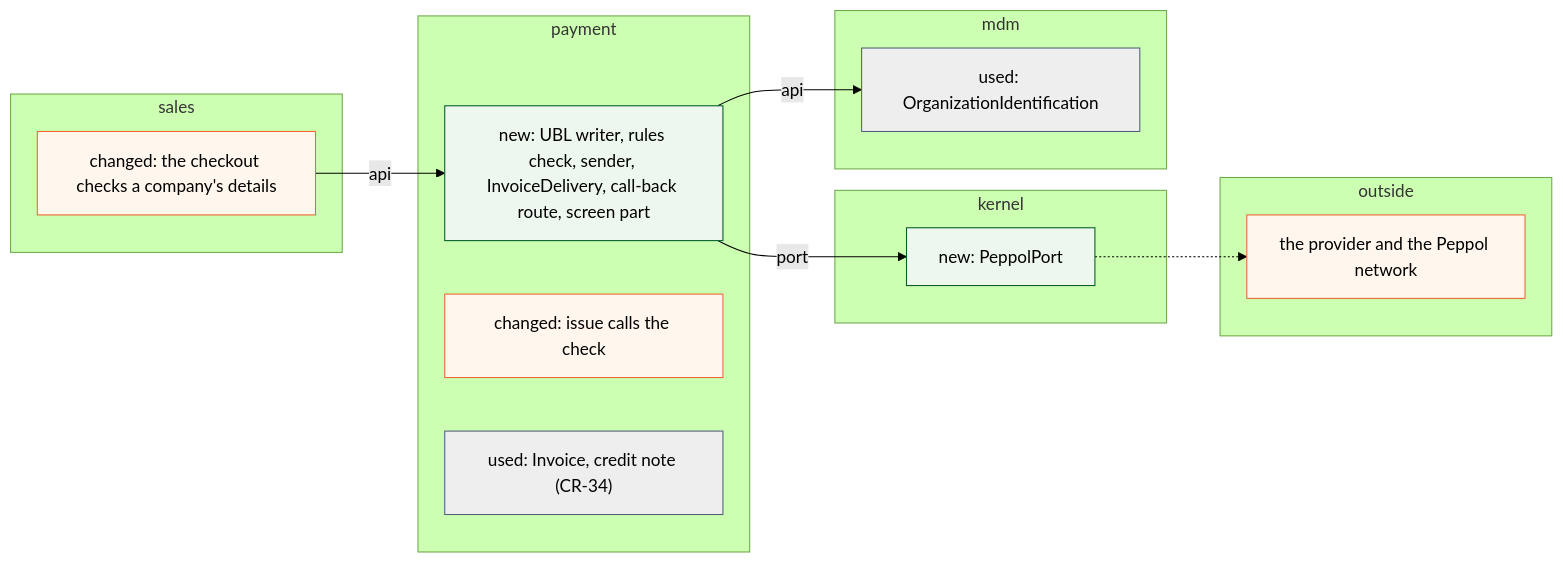
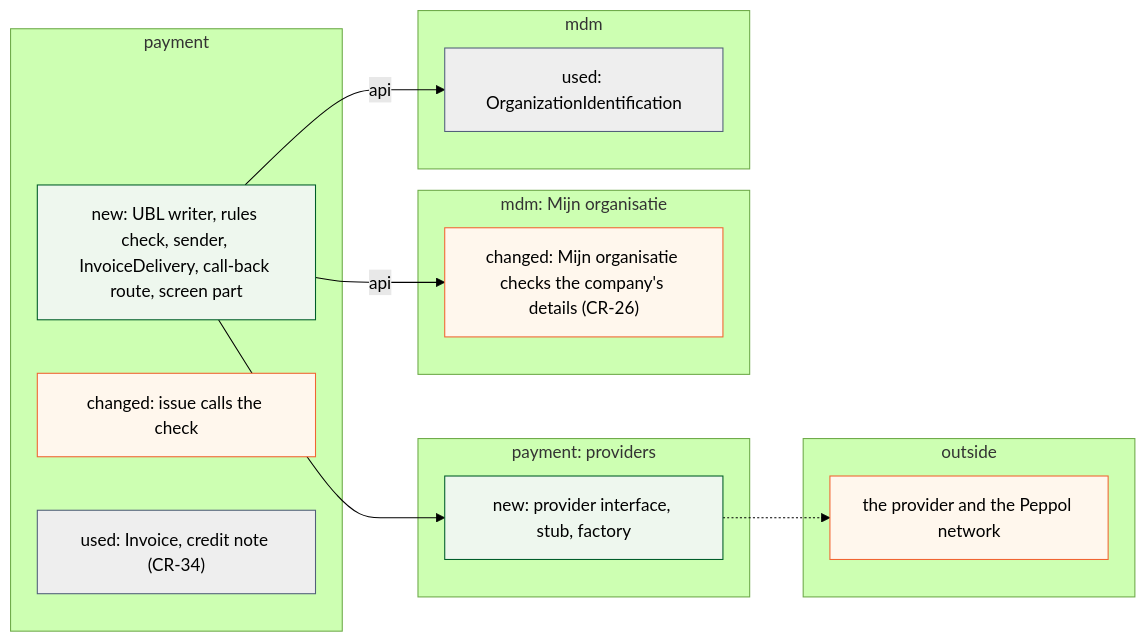
The fourth of 5 diagrams in docs/change_request_35_peppol.md (KoenRenders/KoenTest), drawn with Mermaid (forest theme) before and after one commit. The commit also changed other lines of this file and 1 other file, not shown here.

First line of the commit message:
docs(cr-34, cr-35): the architecture review taken in — provider interface, net unit price, tax class frozen on the order line, jobs, endpoint on the buyer copy

````diff
--- a/docs/change_request_35_peppol.md
+++ b/docs/change_request_35_peppol.md
@@ -213,28 +213,28 @@
 ```mermaid
 flowchart LR
-  subgraph KER["kernel"]
-    k1["new: PeppolPort"]:::new
+  subgraph KER["payment: providers"]
+    k1["new: provider interface, stub, factory"]:::new
   end
   subgraph PAY["payment"]
     p1["new: UBL writer, rules check, sender, InvoiceDelivery, call-back route, screen part"]:::new
     p2["changed: issue calls the check"]:::chg
     p3["used: Invoice, credit note (CR-34)"]:::use
   end
-  subgraph SAL["sales"]
-    s1["changed: the checkout checks a company's details"]:::chg
+  subgraph SAL["mdm: Mijn organisatie"]
+    s1["changed: Mijn organisatie checks the company's details (CR-26)"]:::chg
   end
   subgraph MDM["mdm"]
     m1["used: OrganizationIdentification"]:::use
   end
   subgraph EXT["outside"]
     e1["the provider and the Peppol network"]:::ext
   end
-  s1 -->|api| p1
-  p1 -->|port| k1
+  p1 -->|api| s1
+  p1 --> k1
   k1 -.-> e1
   p1 -->|api| m1
   classDef new fill:#eef7ee,stroke:#005d29
   classDef chg fill:#fff7ed,stroke:#f16532
   classDef use fill:#eeeeee,stroke:#52607a
   classDef ext fill:#fff7ed,stroke:#f16532
 ```
````
